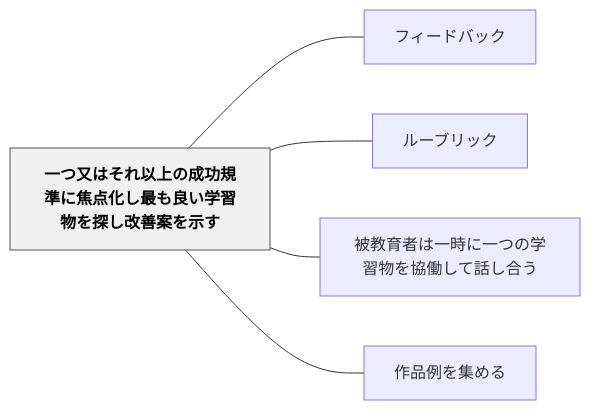
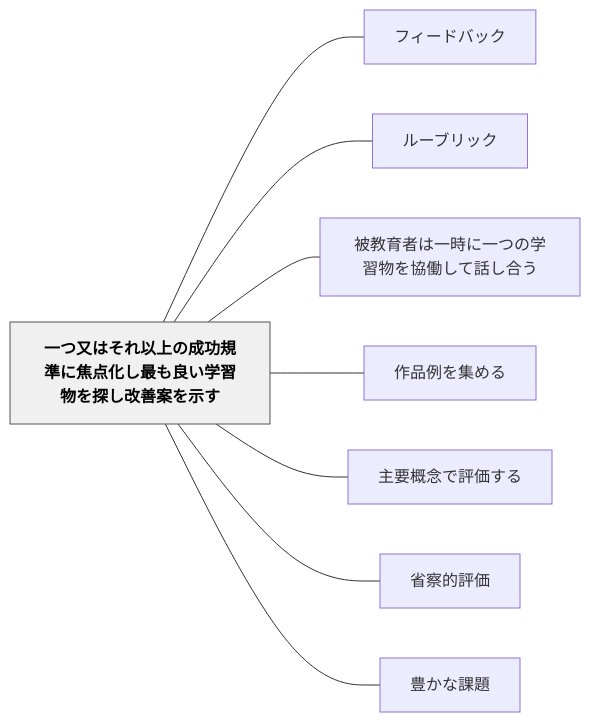
Before and after one commit to unknownthings-ed-patterns/unknownthings-ed-patterns: the diagram in content/パタン/一つ又はそれ以上の成功規準に焦点化し最も良い学習物を探し改善案を示す.md, drawn with Mermaid. The commit also changed other lines of this file and 71 other files, not shown here.

````diff
--- a/content/パタン/一つ又はそれ以上の成功規準に焦点化し最も良い学習物を探し改善案を示す.md
+++ b/content/パタン/一つ又はそれ以上の成功規準に焦点化し最も良い学習物を探し改善案を示す.md
@@ -52,16 +55,22 @@
 ```mermaid
 flowchart LR
     ne4b880e381a4e58f88e381afe3819de3828ce4bba5e4b88ae381aee68890e58a9fe8a68fe6ba96e381abe784a6e782b9e58c96e38197e69c80e38282e889afe38184e5ada6e7bf92e789a9e38292e68ea2e38197e694b9e59684e6a188e38292e7a4bae38199["一つ又はそれ以上の成功規準に焦点化し最も良い学習物を探し改善案を示す"]
     ne38395e382a3e383bce38389e38390e38383e382af["フィードバック"]
     ne383abe383bce38396e383aae38383e382af["ルーブリック"]
     ne8a2abe69599e882b2e88085e381afe4b880e69982e381abe4b880e381a4e381aee5ada6e7bf92e789a9e38292e58d94e5838de38197e381a6e8a9b1e38197e59088e38186["被教育者は一時に一つの学習物を協働して話し合う"]
     ne4bd9ce59381e4be8be38292e99b86e38281e3828b["作品例を集める"]
+    ne4b8bbe8a681e6a682e5bfb5e381a7e8a995e4bea1e38199e3828b["主要概念で評価する"]
+    ne79c81e5af9fe79a84e8a995e4bea1["省察的評価"]
+    ne8b18ae3818be381aae8aab2e9a18c["豊かな課題"]
 
     ne4b880e381a4e58f88e381afe3819de3828ce4bba5e4b88ae381aee68890e58a9fe8a68fe6ba96e381abe784a6e782b9e58c96e38197e69c80e38282e889afe38184e5ada6e7bf92e789a9e38292e68ea2e38197e694b9e59684e6a188e38292e7a4bae38199 --- ne38395e382a3e383bce38389e38390e38383e382af
     ne4b880e381a4e58f88e381afe3819de3828ce4bba5e4b88ae381aee68890e58a9fe8a68fe6ba96e381abe784a6e782b9e58c96e38197e69c80e38282e889afe38184e5ada6e7bf92e789a9e38292e68ea2e38197e694b9e59684e6a188e38292e7a4bae38199 --- ne383abe383bce38396e383aae38383e382af
     ne4b880e381a4e58f88e381afe3819de3828ce4bba5e4b88ae381aee68890e58a9fe8a68fe6ba96e381abe784a6e782b9e58c96e38197e69c80e38282e889afe38184e5ada6e7bf92e789a9e38292e68ea2e38197e694b9e59684e6a188e38292e7a4bae38199 --- ne8a2abe69599e882b2e88085e381afe4b880e69982e381abe4b880e381a4e381aee5ada6e7bf92e789a9e38292e58d94e5838de38197e381a6e8a9b1e38197e59088e38186
     ne4b880e381a4e58f88e381afe3819de3828ce4bba5e4b88ae381aee68890e58a9fe8a68fe6ba96e381abe784a6e782b9e58c96e38197e69c80e38282e889afe38184e5ada6e7bf92e789a9e38292e68ea2e38197e694b9e59684e6a188e38292e7a4bae38199 --- ne4bd9ce59381e4be8be38292e99b86e38281e3828b
+    ne4b880e381a4e58f88e381afe3819de3828ce4bba5e4b88ae381aee68890e58a9fe8a68fe6ba96e381abe784a6e782b9e58c96e38197e69c80e38282e889afe38184e5ada6e7bf92e789a9e38292e68ea2e38197e694b9e59684e6a188e38292e7a4bae38199 --- ne4b8bbe8a681e6a682e5bfb5e381a7e8a995e4bea1e38199e3828b
+    ne4b880e381a4e58f88e381afe3819de3828ce4bba5e4b88ae381aee68890e58a9fe8a68fe6ba96e381abe784a6e782b9e58c96e38197e69c80e38282e889afe38184e5ada6e7bf92e789a9e38292e68ea2e38197e694b9e59684e6a188e38292e7a4bae38199 --- ne79c81e5af9fe79a84e8a995e4bea1
+    ne4b880e381a4e58f88e381afe3819de3828ce4bba5e4b88ae381aee68890e58a9fe8a68fe6ba96e381abe784a6e782b9e58c96e38197e69c80e38282e889afe38184e5ada6e7bf92e789a9e38292e68ea2e38197e694b9e59684e6a188e38292e7a4bae38199 --- ne8b18ae3818be381aae8aab2e9a18c
 
     classDef hub fill:#f0f0f0,stroke:#555,color:#000,font-weight:bold
     class ne4b880e381a4e58f88e381afe3819de3828ce4bba5e4b88ae381aee68890e58a9fe8a68fe6ba96e381abe784a6e782b9e58c96e38197e69c80e38282e889afe38184e5ada6e7bf92e789a9e38292e68ea2e38197e694b9e59684e6a188e38292e7a4bae38199 hub
 ```
````
